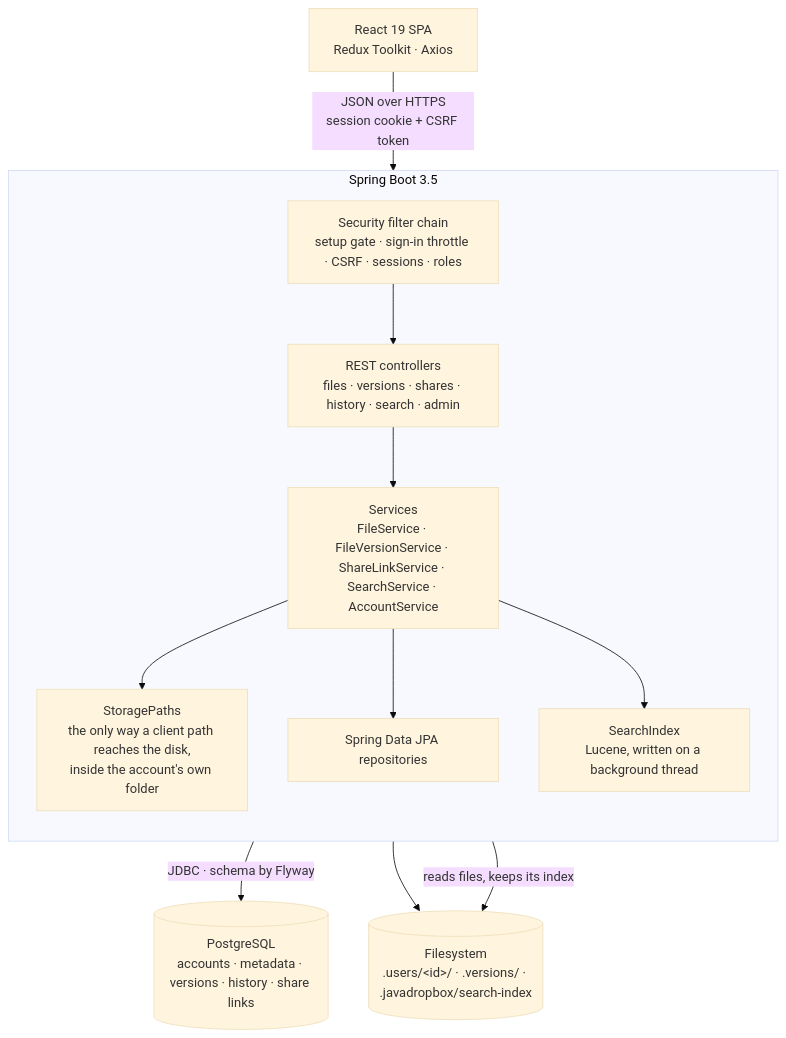
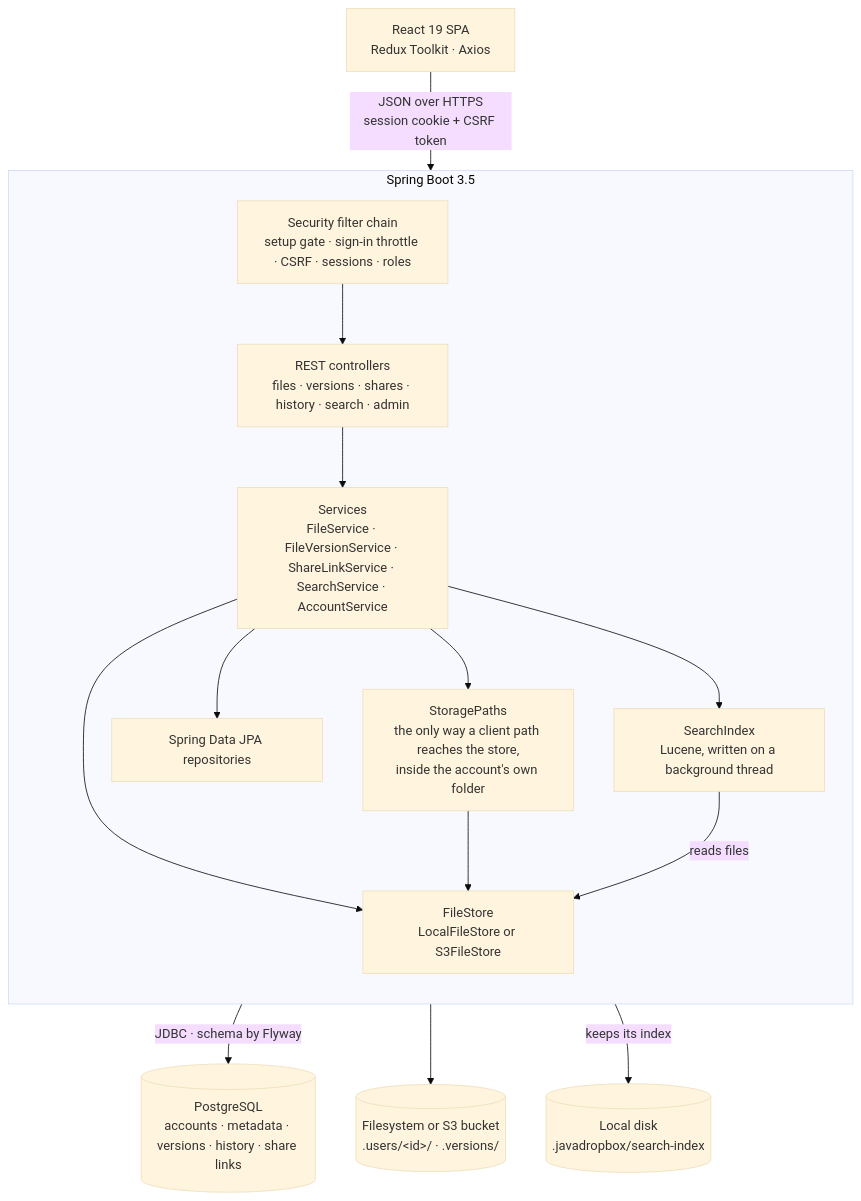
Before and after one commit to mevcaus/JavaDropbox: the first of 6 diagrams in README.md, drawn with Mermaid (base theme). The commit also changed other lines of this file and 3 other files, not shown here.

Commit message:
document storage in s3, and tick it off the roadmap

````diff
--- a/README.md
+++ b/README.md
@@ -51,26 +52,31 @@
 ```mermaid
 flowchart TB
     Browser["React 19 SPA<br/>Redux Toolkit · Axios"]
 
     subgraph App["Spring Boot 3.5"]
         direction TB
         Security["Security filter chain<br/>setup gate · sign-in throttle · CSRF · sessions · roles"]
         Controllers["REST controllers<br/>files · versions · shares · history · search · admin"]
         Services["Services<br/>FileService · FileVersionService · ShareLinkService · SearchService · AccountService"]
         Index["SearchIndex<br/>Lucene, written on a background thread"]
-        Paths["StoragePaths<br/>the only way a client path reaches the disk,<br/>inside the account's own folder"]
+        Paths["StoragePaths<br/>the only way a client path reaches the store,<br/>inside the account's own folder"]
+        Store["FileStore<br/>LocalFileStore or S3FileStore"]
         Repos["Spring Data JPA repositories"]
         Security --> Controllers --> Services
         Services --> Paths
+        Services --> Store
         Services --> Repos
         Services --> Index
+        Paths --> Store
+        Index -- "reads files" --> Store
     end
 
     DB[("PostgreSQL<br/>accounts · metadata · versions · history · share links")]
-    Disk[("Filesystem<br/>.users/&lt;id&gt;/ · .versions/ · .javadropbox/search-index")]
+    Files[("Filesystem or S3 bucket<br/>.users/&lt;id&gt;/ · .versions/")]
+    Disk[("Local disk<br/>.javadropbox/search-index")]
 
     Browser -- "JSON over HTTPS<br/>session cookie + CSRF token" --> Security
     Repos -- "JDBC · schema by Flyway" --> DB
-    Paths --> Disk
-    Index -- "reads files, keeps its index" --> Disk
+    Store --> Files
+    Index -- "keeps its index" --> Disk
 ```
````
